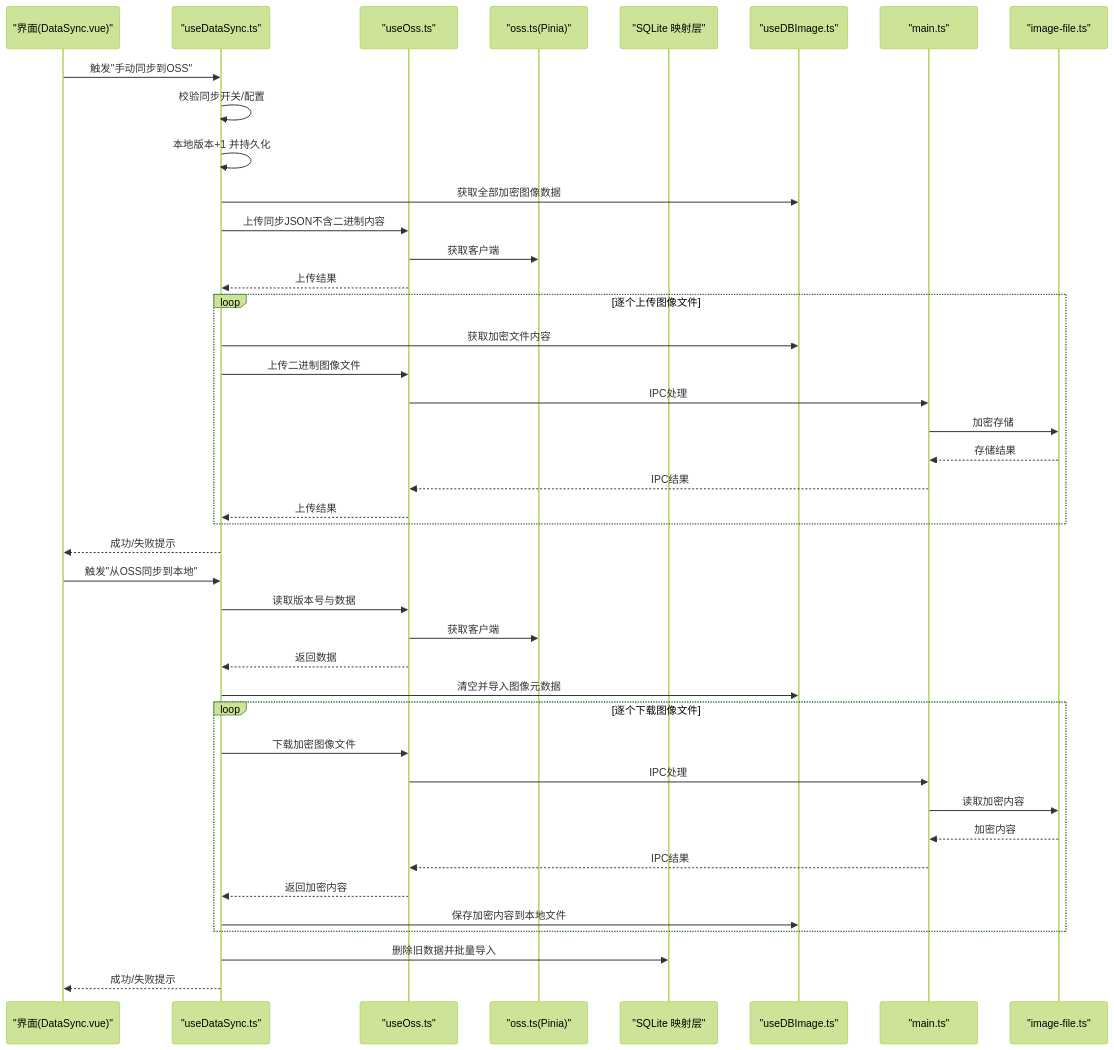
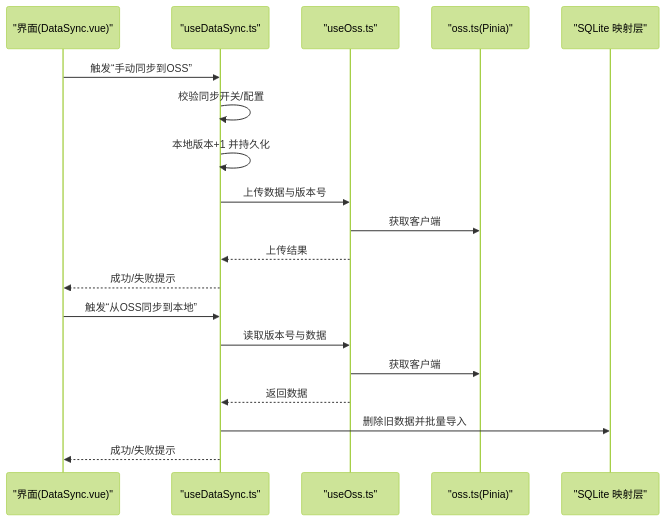
The second of 4 diagrams in .qoder/repowiki/zh/content/业务逻辑层/数据同步机制.md (scgithub3220216/password-manager), drawn with Mermaid (forest theme) before and after one commit. The commit also changed other lines of this file and 17 other files, not shown here.

````diff
--- a/.qoder/repowiki/zh/content/业务逻辑层/数据同步机制.md
+++ b/.qoder/repowiki/zh/content/业务逻辑层/数据同步机制.md
@@ -145,44 +130,21 @@
 ```mermaid
 sequenceDiagram
 participant UI as "界面(DataSync.vue)"
 participant Hook as "useDataSync.ts"
 participant OSS as "useOss.ts"
 participant Store as "oss.ts(Pinia)"
 participant DB as "SQLite 映射层"
-participant ImageDB as "useDBImage.ts"
-participant MainProc as "main.ts"
-participant ImageFile as "image-file.ts"
-UI->>Hook : 触发"手动同步到OSS"
+UI->>Hook : 触发“手动同步到OSS”
 Hook->>Hook : 校验同步开关/配置
 Hook->>Hook : 本地版本+1 并持久化
-Hook->>ImageDB : 获取全部加密图像数据
-Hook->>OSS : 上传同步JSON不含二进制内容
+Hook->>OSS : 上传数据与版本号
 OSS->>Store : 获取客户端
 OSS-->>Hook : 上传结果
-Loop 逐个上传图像文件
-Hook->>ImageDB : 获取加密文件内容
-Hook->>OSS : 上传二进制图像文件
-OSS->>MainProc : IPC处理
-MainProc->>ImageFile : 加密存储
-ImageFile-->>MainProc : 存储结果
-MainProc-->>OSS : IPC结果
-OSS-->>Hook : 上传结果
-End
 Hook-->>UI : 成功/失败提示
-UI->>Hook : 触发"从OSS同步到本地"
+UI->>Hook : 触发“从OSS同步到本地”
 Hook->>OSS : 读取版本号与数据
 OSS->>Store : 获取客户端
 OSS-->>Hook : 返回数据
-Hook->>ImageDB : 清空并导入图像元数据
-Loop 逐个下载图像文件
-Hook->>OSS : 下载加密图像文件
-OSS->>MainProc : IPC处理
-MainProc->>ImageFile : 读取加密内容
-ImageFile-->>MainProc : 加密内容
-MainProc-->>OSS : IPC结果
-OSS-->>Hook : 返回加密内容
-Hook->>ImageDB : 保存加密内容到本地文件
-End
 Hook->>DB : 删除旧数据并批量导入
 Hook-->>UI : 成功/失败提示
 ```
````
